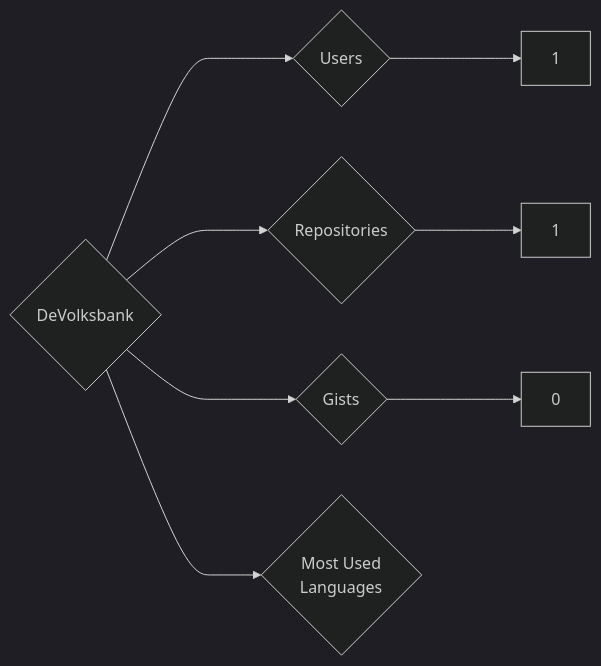
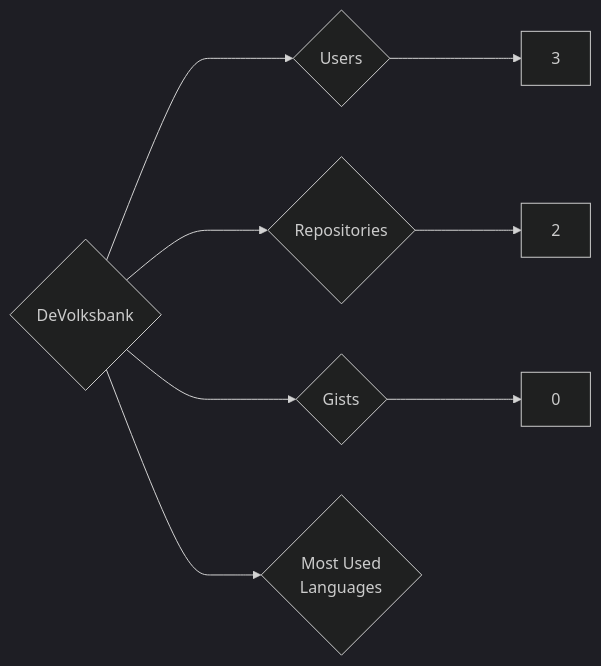
The diagram in targets/DeVolksbank/README.md (trickest/insiders), drawn with Mermaid (dark theme) before and after one commit. The commit also changed 1314 other files, not shown here.

````diff
--- a/targets/DeVolksbank/README.md
+++ b/targets/DeVolksbank/README.md
@@ -3,8 +3,8 @@
 ```mermaid
 graph LR
 COMPANY_NAME{DeVolksbank}
-COMPANY_NAME ---> U{Users} ---> UN[1]
-COMPANY_NAME ---> R{Repositories} ---> RN[1]
+COMPANY_NAME ---> U{Users} ---> UN[3]
+COMPANY_NAME ---> R{Repositories} ---> RN[2]
 COMPANY_NAME ---> G{Gists} ---> GN[0]
 COMPANY_NAME ---> ML{Most Used<br>Languages}
 ```
````
